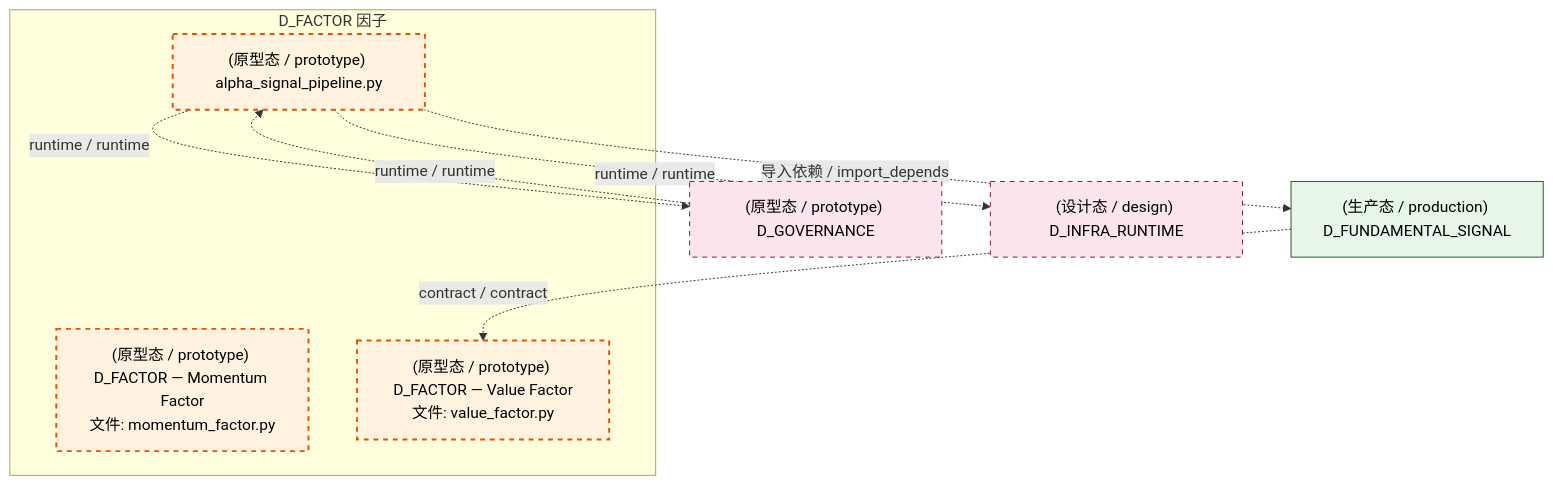
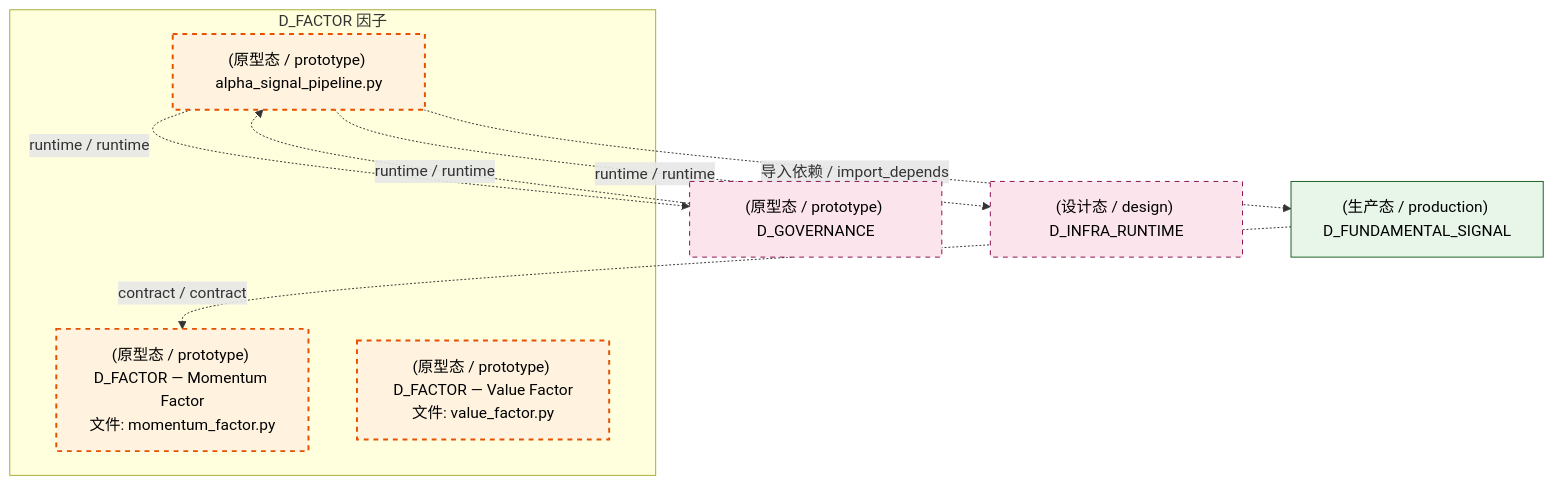
The third of 4 diagrams in docs/02_enterprise_architecture/02_domain_architecture_docs/36_d_factor.md (xuanFelixVan/ZephyrAlpha), drawn with Mermaid before and after one commit. The commit also changed other lines of this file and 100 other files, not shown here.

````diff
--- a/docs/02_enterprise_architecture/02_domain_architecture_docs/36_d_factor.md
+++ b/docs/02_enterprise_architecture/02_domain_architecture_docs/36_d_factor.md
@@ -137,23 +137,23 @@
 ```mermaid
 graph TD
     subgraph D_FACTOR["D_FACTOR 因子"]
         src_zephyr_factor_alpha_signal_pipeline_py["(原型态 / prototype) alpha_signal_pipeline.py"]
         src_zephyr_factor_momentum_factor_py["(原型态 / prototype) D_FACTOR — Momentum Factor<br/>文件: momentum_factor.py"]
         src_zephyr_factor_value_factor_py["(原型态 / prototype) D_FACTOR — Value Factor<br/>文件: value_factor.py"]
     end
     D_GOVERNANCE["(原型态 / prototype) D_GOVERNANCE"]
     src_zephyr_factor_alpha_signal_pipeline_py -.->|runtime / runtime| D_GOVERNANCE
     D_INFRA_RUNTIME["(设计态 / design) D_INFRA_RUNTIME"]
     src_zephyr_factor_alpha_signal_pipeline_py -.->|runtime / runtime| D_INFRA_RUNTIME
     D_FUNDAMENTAL_SIGNAL["(生产态 / production) D_FUNDAMENTAL_SIGNAL"]
     src_zephyr_factor_alpha_signal_pipeline_py -.->|导入依赖 / import_depends| D_FUNDAMENTAL_SIGNAL
     D_GOVERNANCE -.->|runtime / runtime| src_zephyr_factor_alpha_signal_pipeline_py
-    D_FUNDAMENTAL_SIGNAL -.->|contract / contract| src_zephyr_factor_value_factor_py
+    D_FUNDAMENTAL_SIGNAL -.->|contract / contract| src_zephyr_factor_momentum_factor_py
     classDef production fill:#e1f5fe,stroke:#01579b,stroke-width:2px,color:#000
     classDef design fill:#fff3e0,stroke:#e65100,stroke-width:2px,color:#000,stroke-dasharray: 5 5
     classDef external_prod fill:#e8f5e9,stroke:#1b5e20,stroke-width:1px,color:#000
     classDef external_design fill:#fce4ec,stroke:#880e4f,stroke-width:1px,color:#000,stroke-dasharray: 5 5
     class src_zephyr_factor_alpha_signal_pipeline_py,src_zephyr_factor_momentum_factor_py,src_zephyr_factor_value_factor_py design
     class D_FUNDAMENTAL_SIGNAL external_prod
     class D_GOVERNANCE,D_INFRA_RUNTIME external_design
 ```
````
